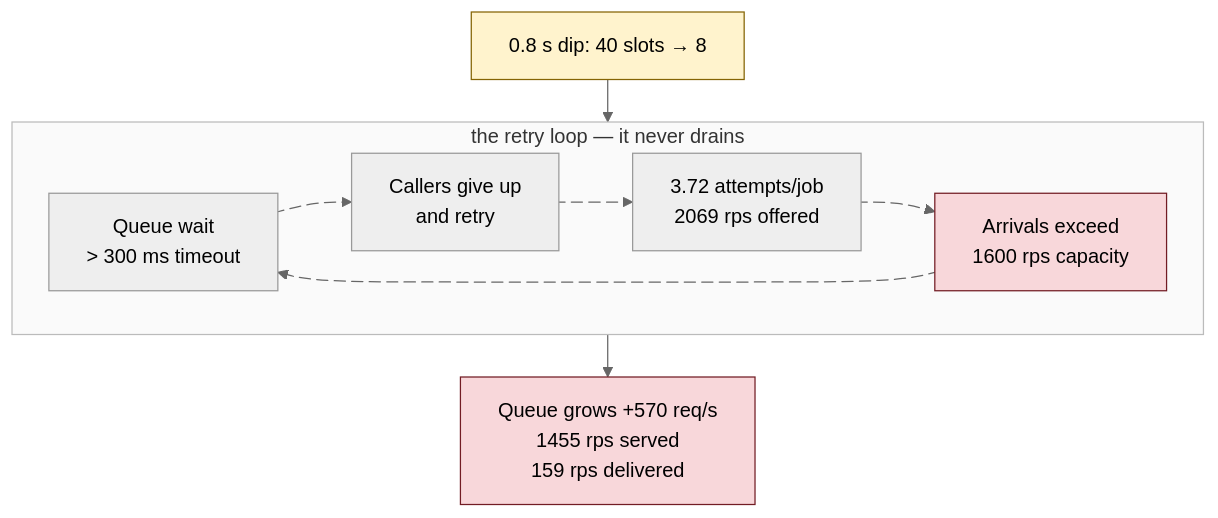
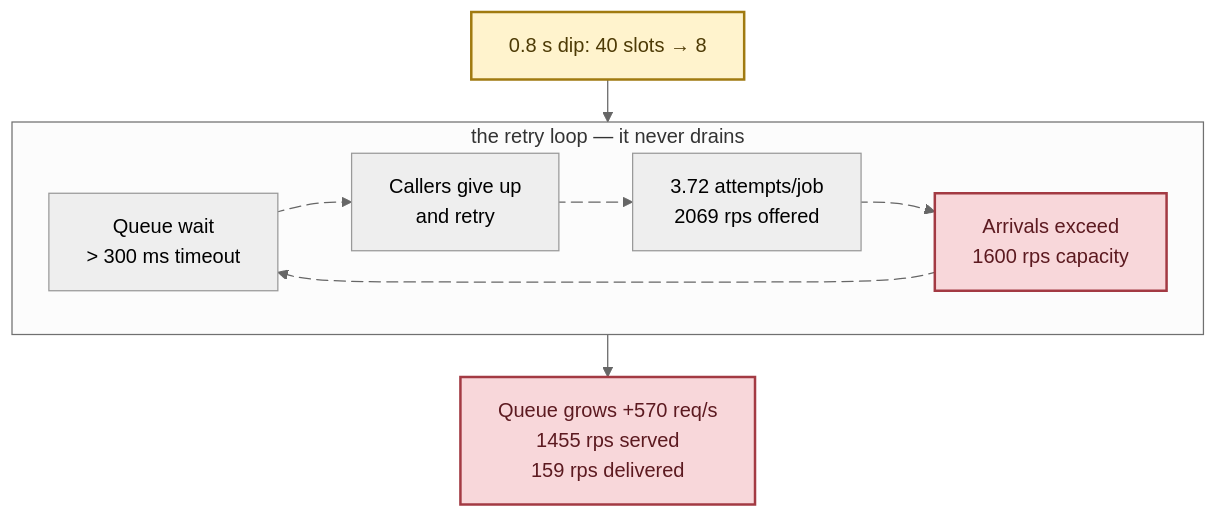
Before and after one commit to haraGADygyl/medium-python-articles: the diagram in markdown/system-design-interview/assets/004/01-loop.anim.mmd, drawn with Mermaid (neutral theme). The commit also changed 69 other files, not shown here.

First line of the commit message:
feat: backfill system-design-interview 000-009 diagrams in the house style

```diff
--- a/markdown/system-design-interview/assets/004/01-loop.anim.mmd
+++ b/markdown/system-design-interview/assets/004/01-loop.anim.mmd
@@ -1,19 +1,19 @@
 %%{init: {"flowchart": {"rankSpacing": 34, "nodeSpacing": 30}}}%%
 flowchart TB
     A["0.8 s dip: 40 slots → 8"] --> LOOP
     subgraph LOOP ["the retry loop — it never drains"]
         direction LR
         B["Queue wait<br/>> 300 ms timeout"] loop1@--> C["Callers give up<br/>and retry"]
         C loop2@--> D["3.72 attempts/job<br/>2069 rps offered"]
         D loop3@--> E["Arrivals exceed<br/>1600 rps capacity"]
         E loop4@--> B
     end
     LOOP --> F["Queue grows +570 req/s<br/>1455 rps served<br/>159 rps delivered"]
     loop1@{ animate: true }
     loop2@{ animate: true }
     loop3@{ animate: true }
     loop4@{ animate: true }
-    style A fill:#fff3cd,stroke:#856404
-    style E fill:#f8d7da,stroke:#721c24
-    style F fill:#f8d7da,stroke:#721c24
-    style LOOP fill:#fafafa,stroke:#bbb,stroke-dasharray:0
+    classDef warn fill:#fff3cd,stroke:#a07a10,stroke-width:2px,color:#4d3a05
+    classDef bad fill:#f8d7da,stroke:#a33a43,stroke-width:2px,color:#5c1a20
+    class A warn
+    class E,F bad
```
